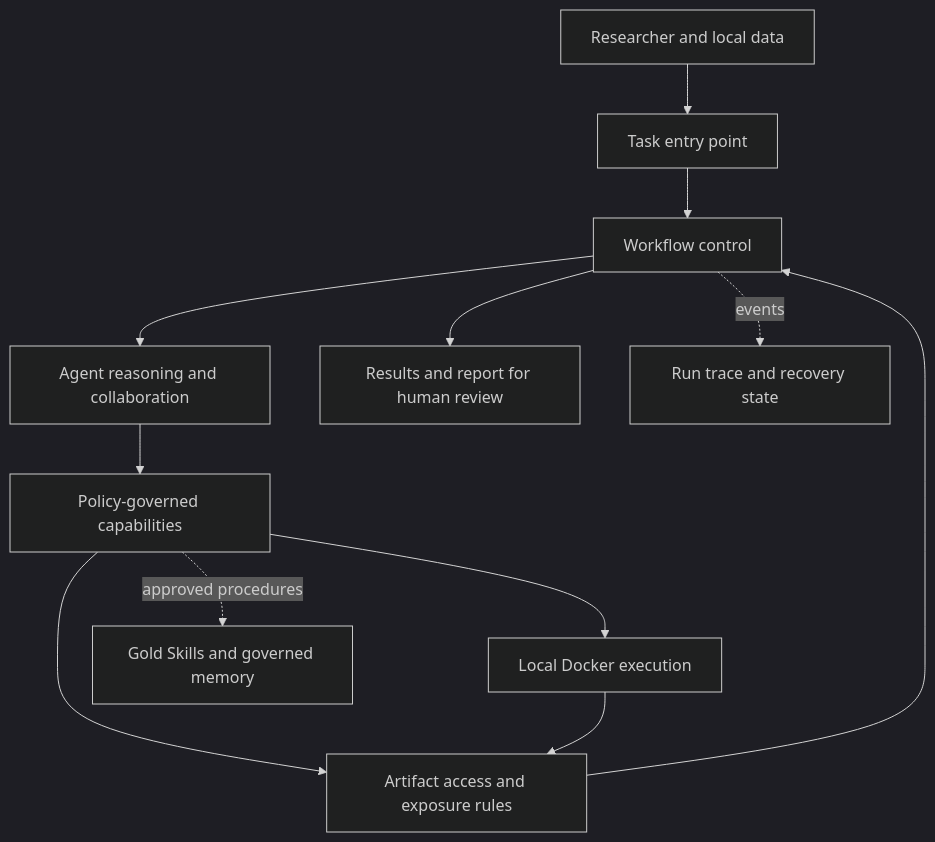
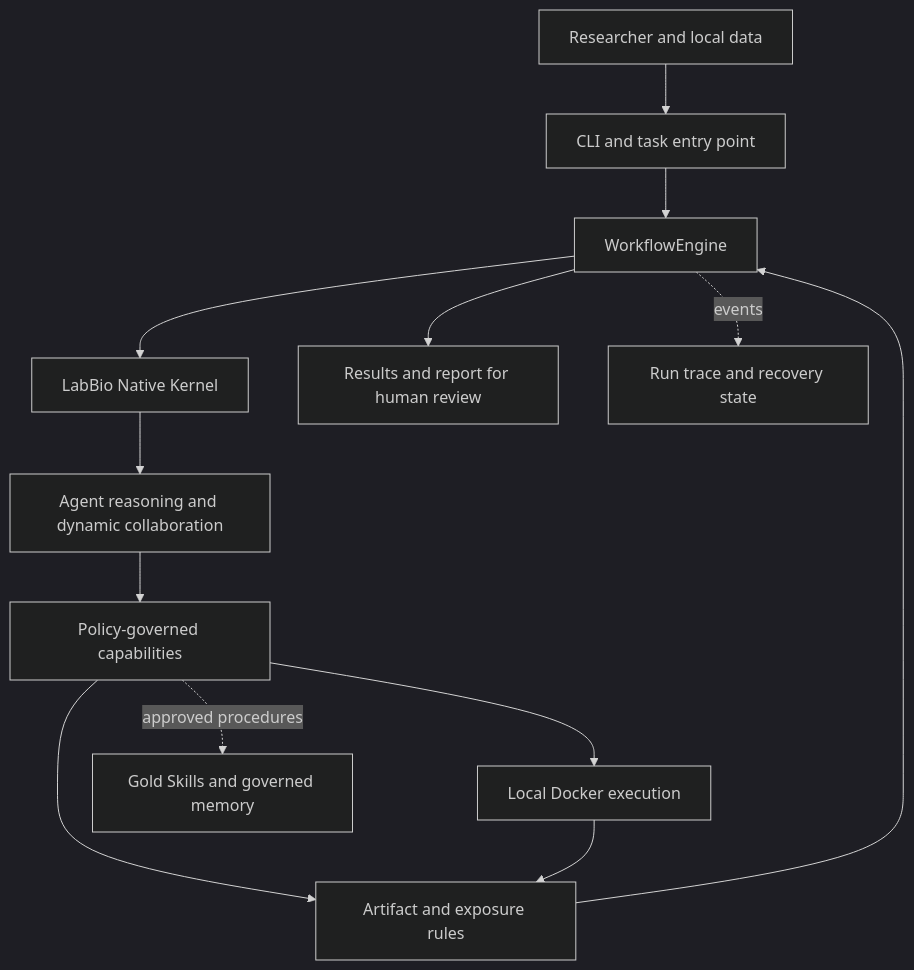
Before and after one commit to YuchenWang-leslie/LabBioAgentOS: the diagram in README.md, drawn with Mermaid (dark theme). The commit also changed other lines of this file and 175 other files, not shown here.

Commit message:
feat: replace Pantheon runtime with native kernel

````diff
--- a/README.md
+++ b/README.md
@@ -13,14 +23,15 @@
 ```mermaid
 flowchart TD
-    U[Researcher and local data] --> C[Task entry point]
-    C --> W[Workflow control]
-    W --> A[Agent reasoning and collaboration]
+    U[Researcher and local data] --> C[CLI and task entry point]
+    C --> W[WorkflowEngine]
+    W --> K[LabBio Native Kernel]
+    K --> A[Agent reasoning and dynamic collaboration]
     A --> P[Policy-governed capabilities]
     P --> E[Local Docker execution]
-    P --> R[Artifact access and exposure rules]
+    P --> R[Artifact and exposure rules]
     E --> R
     R --> W
     W --> O[Results and report for human review]
     W -. events .-> T[Run trace and recovery state]
     P -. approved procedures .-> G[Gold Skills and governed memory]
 ```
````
